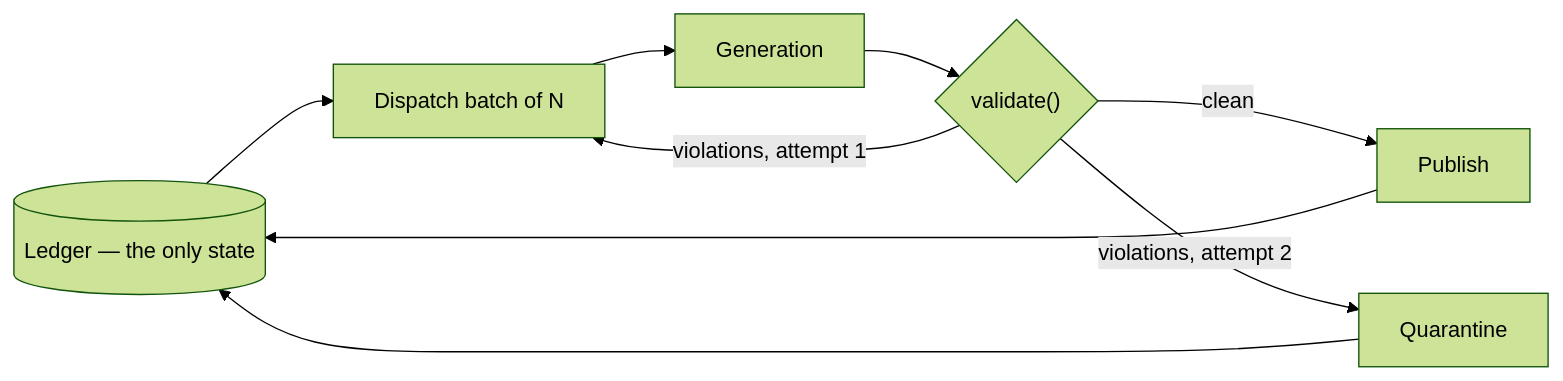
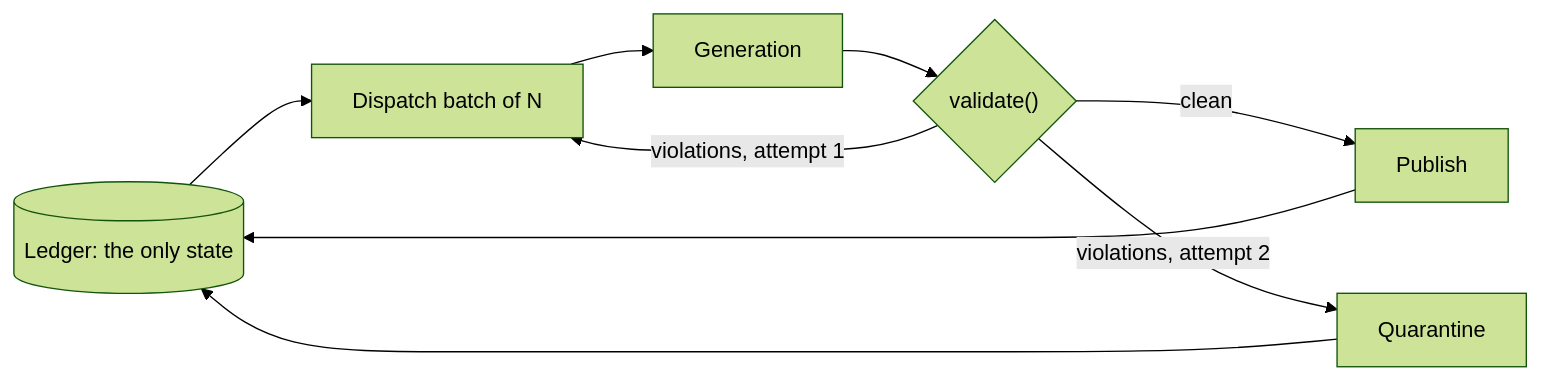
One commit to shigenogoro/PuckAI-Engineering changed the diagram in docs/validation/README.md. Above: the diagram before and after it, drawn with Mermaid (forest theme). The commit also changed other lines of this file and 19 other files, not shown here.

````diff
--- a/docs/validation/README.md
+++ b/docs/validation/README.md
@@ -30,11 +30,11 @@
 ```mermaid
 flowchart LR
-  L[("Ledger — the only state")] --> B["Dispatch batch of N"]
+  L[("Ledger: the only state")] --> B["Dispatch batch of N"]
   B --> G["Generation"]
   G --> V{"validate()"}
   V -->|clean| P["Publish"]
   V -->|violations, attempt 1| B
   V -->|violations, attempt 2| Q["Quarantine"]
   P --> L
   Q --> L
 ```
````
